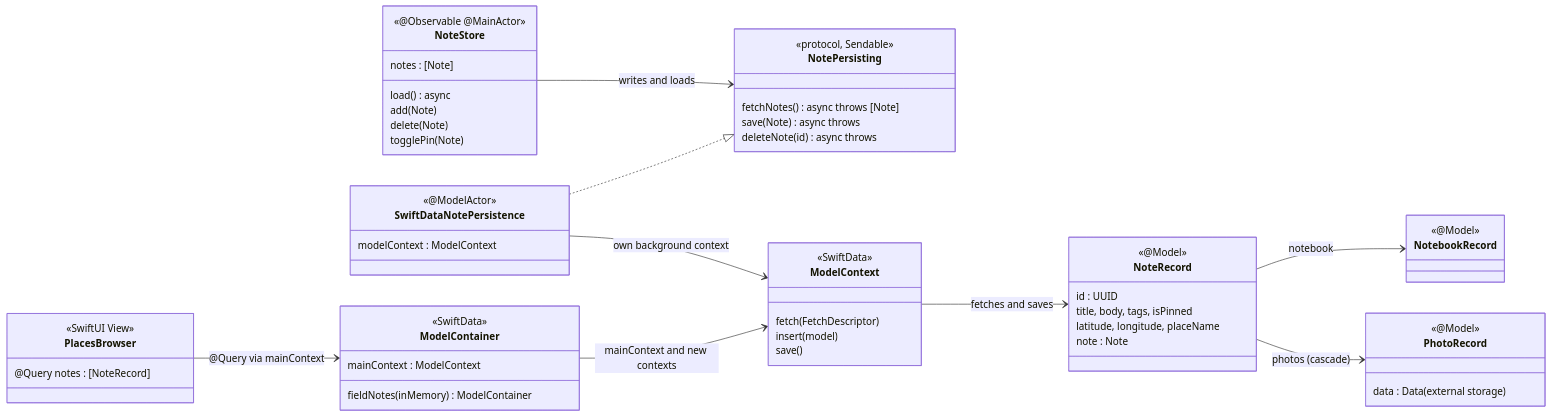
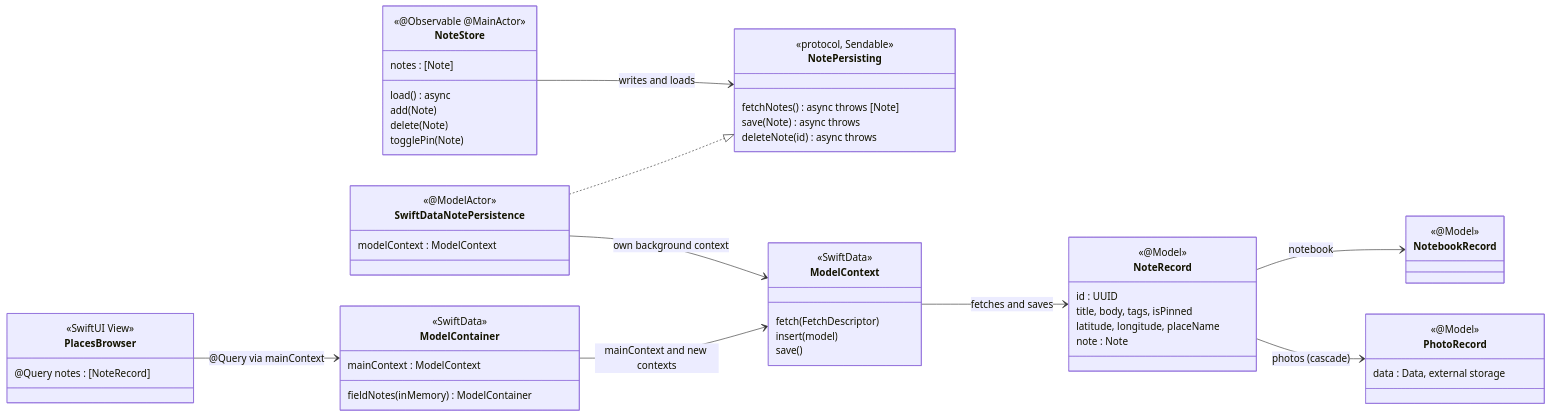
Before and after one commit to albertoirurueta/docs: the first of 2 diagrams in modules/ROOT/pages/apps/apple/swiftdata.adoc, drawn with Mermaid. The commit also changed other lines of this file and 3 other files, not shown here.

```diff
--- a/modules/ROOT/pages/apps/apple/swiftdata.adoc
+++ b/modules/ROOT/pages/apps/apple/swiftdata.adoc
@@ -51,60 +51,60 @@
 [mermaid]
 ....
 classDiagram
     direction LR
     class NoteStore {
         <<@Observable @MainActor>>
         notes : [Note]
         load() async
         add(Note)
         delete(Note)
         togglePin(Note)
     }
     class NotePersisting {
         <<protocol, Sendable>>
         fetchNotes() async throws [Note]
         save(Note) async throws
         deleteNote(id) async throws
     }
     class SwiftDataNotePersistence {
         <<@ModelActor>>
         modelContext : ModelContext
     }
     class ModelContainer {
         <<SwiftData>>
         fieldNotes(inMemory) ModelContainer
         mainContext : ModelContext
     }
     class ModelContext {
         <<SwiftData>>
         fetch(FetchDescriptor)
         insert(model)
         save()
     }
     class NoteRecord {
         <<@Model>>
         id : UUID
         title, body, tags, isPinned
         latitude, longitude, placeName
         note : Note
     }
     class NotebookRecord {
         <<@Model>>
     }
     class PhotoRecord {
         <<@Model>>
-        data : Data (external storage)
+        data : Data, external storage
     }
     class PlacesBrowser {
         <<SwiftUI View>>
         @Query notes : [NoteRecord]
     }
     NoteStore --> NotePersisting : writes and loads
     SwiftDataNotePersistence ..|> NotePersisting
     SwiftDataNotePersistence --> ModelContext : own background context
     ModelContainer --> ModelContext : mainContext and new contexts
     ModelContext --> NoteRecord : fetches and saves
     NoteRecord --> NotebookRecord : notebook
     NoteRecord --> PhotoRecord : photos (cascade)
     PlacesBrowser --> ModelContainer : @Query via mainContext
 ....
```
